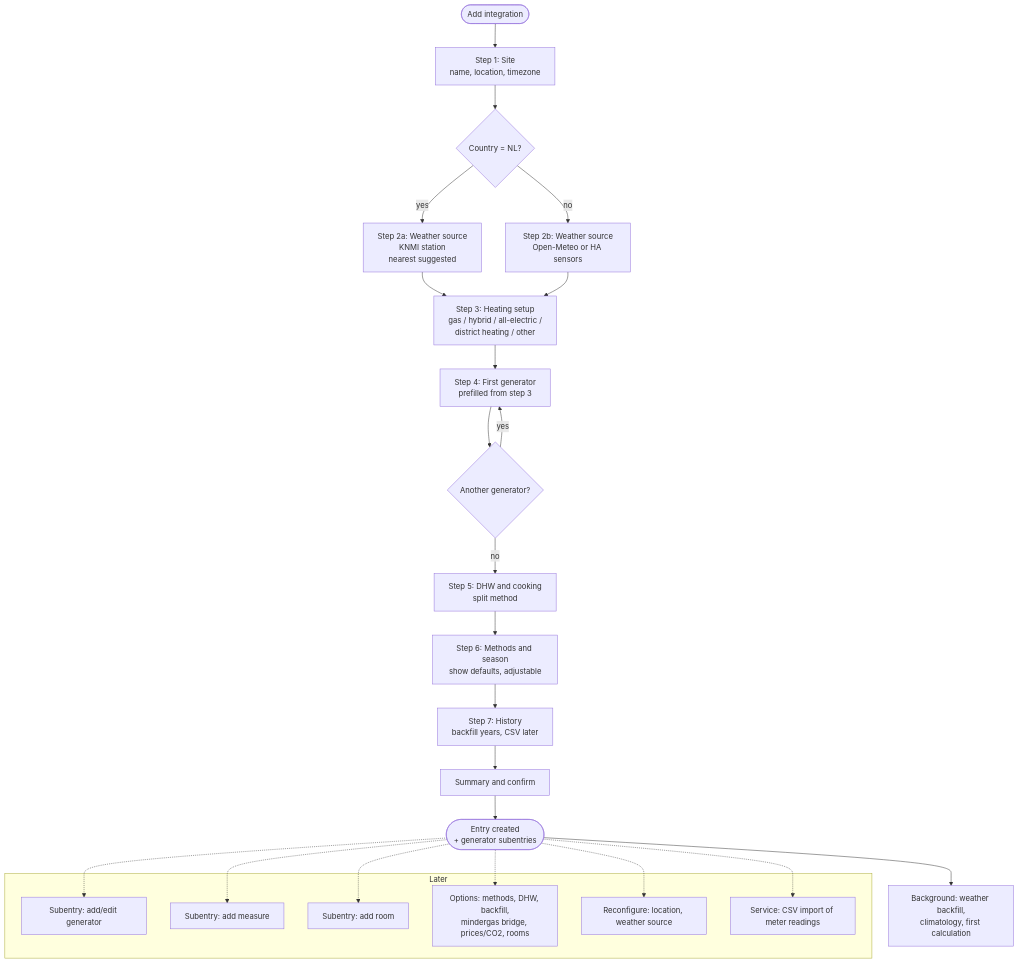
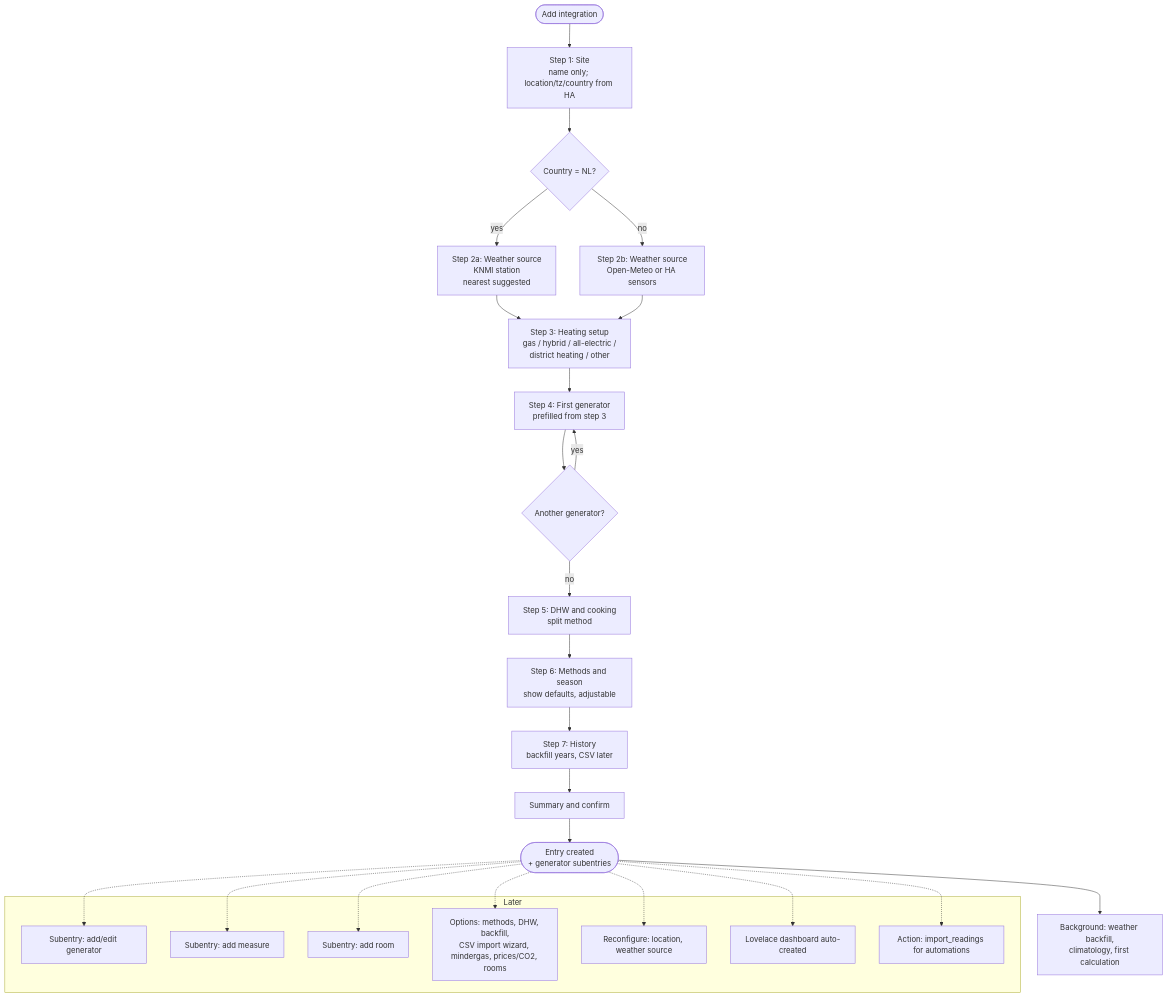
Before and after one commit to nicohabets/heatprint: the diagram in docs/CONFIG_FLOW.md, drawn with Mermaid. The commit also changed other lines of this file and 27 other files, not shown here.

First line of the commit message:
feat: HA home defaults, auto dashboard, and CSV import wizard

````diff
--- a/docs/CONFIG_FLOW.md
+++ b/docs/CONFIG_FLOW.md
@@ -14,33 +14,35 @@
 ```mermaid
 flowchart TD
-    A([Add integration]) --> B[Step 1: Site<br/>name, location, timezone]
+    A([Add integration]) --> B[Step 1: Site<br/>name only; location/tz/country from HA]
     B --> C{Country = NL?}
     C -- yes --> D[Step 2a: Weather source<br/>KNMI station<br/>nearest suggested]
     C -- no --> E[Step 2b: Weather source<br/>Open-Meteo or HA sensors]
     D --> F[Step 3: Heating setup<br/>gas / hybrid / all-electric /<br/>district heating / other]
     E --> F
     F --> G[Step 4: First generator<br/>prefilled from step 3]
     G --> H{Another generator?}
     H -- yes --> G
     H -- no --> I[Step 5: DHW and cooking<br/>split method]
     I --> J[Step 6: Methods and season<br/>show defaults, adjustable]
     J --> K[Step 7: History<br/>backfill years, CSV later]
     K --> L[Summary and confirm]
     L --> M([Entry created<br/>+ generator subentries])
     M --> N[Background: weather backfill,<br/>climatology, first calculation]
 
     subgraph Later
         O[Subentry: add/edit generator]
         P[Subentry: add measure]
-        T[Subentry: add room]
-        Q[Options: methods, DHW, backfill,<br/>mindergas bridge, prices/CO2, rooms]
+        U[Subentry: add room]
+        Q[Options: methods, DHW, backfill,<br/>CSV import wizard, mindergas, prices/CO2, rooms]
         R[Reconfigure: location, weather source]
-        S[Service: CSV import of meter readings]
+        V[Lovelace dashboard auto-created]
+        S[Action: import_readings for automations]
     end
     M -.-> O
     M -.-> P
-    M -.-> T
+    M -.-> U
     M -.-> Q
     M -.-> R
     M -.-> S
+    M -.-> V
 ```
````
